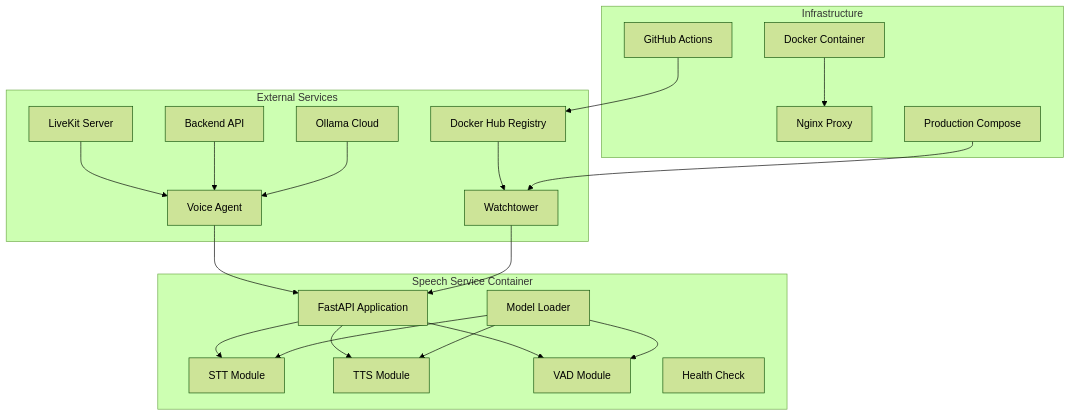
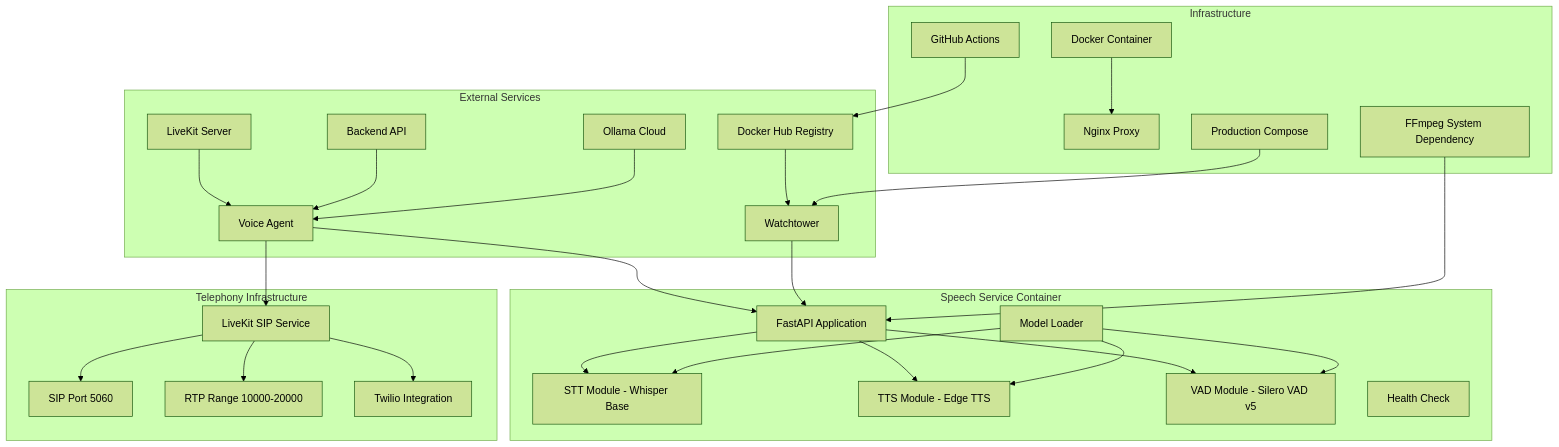
The first of 12 diagrams in .qoder/repowiki/en/content/Deployment & DevOps/Speech Service Microservice.md (Revanththetalogics/aireume), drawn with Mermaid (forest theme) before and after one commit. The commit also changed other lines of this file and 118 other files, not shown here.

First line of the commit message:
feat: implement AI Recruiter module - intelligent voice interview agent

````diff
--- a/.qoder/repowiki/en/content/Deployment & DevOps/Speech Service Microservice.md
+++ b/.qoder/repowiki/en/content/Deployment & DevOps/Speech Service Microservice.md
@@ -57,40 +53,52 @@
 ```mermaid
 graph TB
 subgraph "Speech Service Container"
 A[FastAPI Application]
-B[STT Module]
-C[TTS Module]
-D[VAD Module]
+B[STT Module - Whisper Base]
+C[TTS Module - Edge TTS]
+D[VAD Module - Silero VAD v5]
 E[Model Loader]
 F[Health Check]
 end
+subgraph "Telephony Infrastructure"
+G[LiveKit SIP Service]
+H[SIP Port 5060]
+I[RTP Range 10000-20000]
+J[Twilio Integration]
+end
 subgraph "External Services"
-G[Voice Agent]
-H[LiveKit Server]
-I[Backend API]
-J[Ollama Cloud]
-K[Watchtower]
-L[Docker Hub Registry]
+K[Voice Agent]
+L[LiveKit Server]
+M[Backend API]
+N[Ollama Cloud]
+O[Watchtower]
+P[Docker Hub Registry]
 end
 subgraph "Infrastructure"
-M[Docker Container]
-N[Nginx Proxy]
-O[Production Compose]
-P[GitHub Actions]
+Q[Docker Container]
+R[Nginx Proxy]
+S[Production Compose]
+T[GitHub Actions]
+U[FFmpeg System Dependency]
 end
 A --> B
 A --> C
 A --> D
 E --> B
 E --> C
 E --> D
-G --> A
-H --> G
-I --> G
-J --> G
+G --> H
+G --> I
+G --> J
 K --> A
+K --> G
 L --> K
-M --> N
-O --> K
-P --> L
+M --> K
+N --> K
+O --> A
+P --> O
+Q --> R
+S --> O
+T --> P
+U --> A
 ```
````
